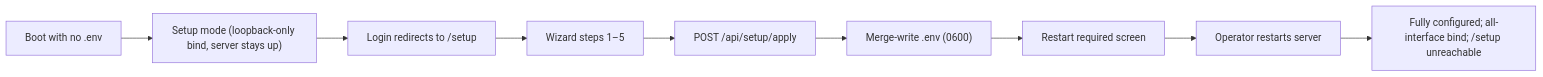
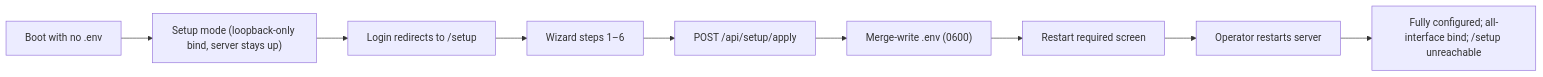
Before and after one commit to rct3232/webdav-easyaccess: the diagram in docs/features/setup-wizard.md, drawn with Mermaid. The commit also changed other lines of this file and 7 other files, not shown here.

````diff
--- a/docs/features/setup-wizard.md
+++ b/docs/features/setup-wizard.md
@@ -56,11 +57,11 @@
 ```mermaid
 flowchart LR
     A["Boot with no .env"] --> B["Setup mode (loopback-only bind, server stays up)"]
     B --> C["Login redirects to /setup"]
-    C --> D["Wizard steps 1–5"]
+    C --> D["Wizard steps 1–6"]
     D --> E["POST /api/setup/apply"]
     E --> F["Merge-write .env (0600)"]
     F --> G["Restart required screen"]
     G --> H["Operator restarts server"]
     H --> I["Fully configured; all-interface bind; /setup unreachable"]
 ```
````
